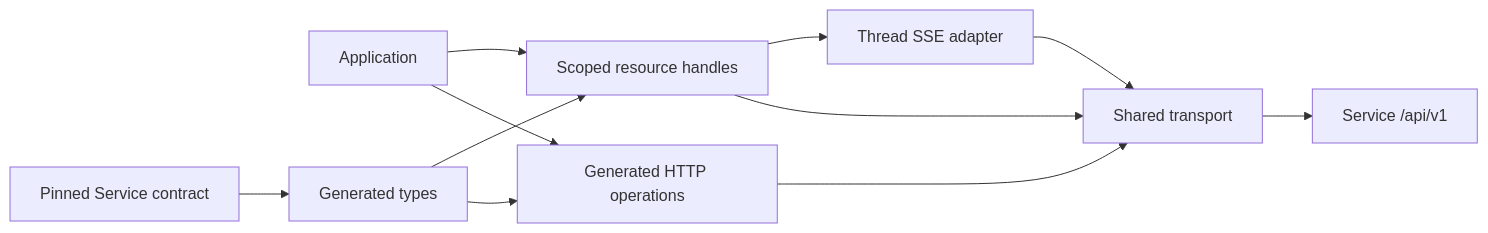
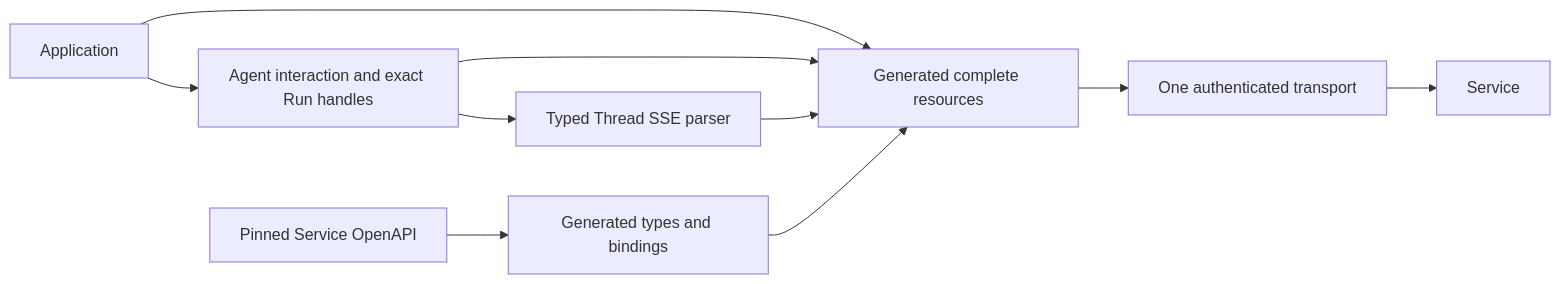
One commit to converge-ai-labs/a13n-sdk-typescript changed the diagram in spec/00-overview.md. Above: the diagram before and after it, drawn with Mermaid. The commit also changed other lines of this file and 59 other files, not shown here.

````diff
--- a/spec/00-overview.md
+++ b/spec/00-overview.md
@@ -7,13 +5,12 @@
 ```mermaid
 flowchart LR
-  App[Application] --> Resources[Scoped resource handles]
-  App --> HTTP[Generated HTTP operations]
-  Resources --> SSE[Thread SSE adapter]
-  Resources --> Transport[Shared transport]
-  HTTP --> Transport
-  SSE --> Transport
-  Transport --> Service[Service /api/v1]
-  Pin[Pinned Service contract] --> Types[Generated types]
+  App[Application] --> Agent[Agent interaction and exact Run handles]
+  App --> Resources[Generated complete resources]
+  Agent --> Resources
+  Agent --> Parser[Typed Thread SSE parser]
+  Parser --> Resources
+  Resources --> Transport[One authenticated transport]
+  Transport --> Service[Service]
+  Pin[Pinned Service OpenAPI] --> Types[Generated types and bindings]
   Types --> Resources
-  Types --> HTTP
 ```
````
